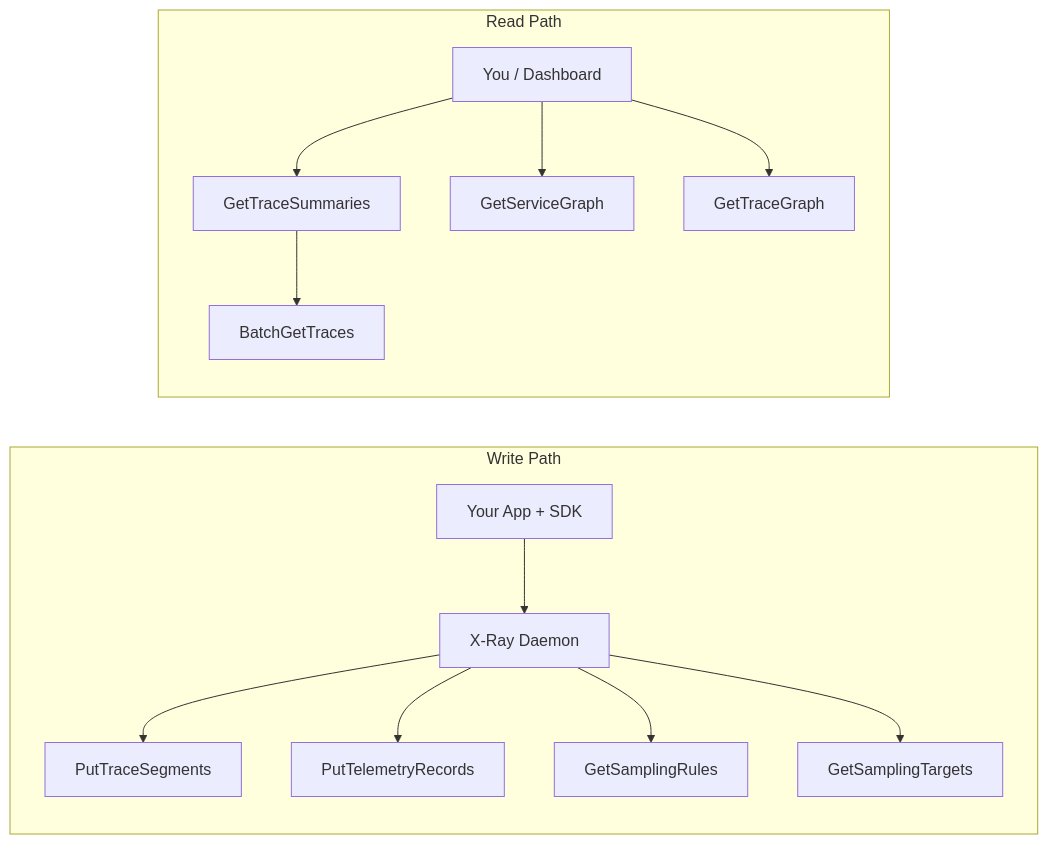
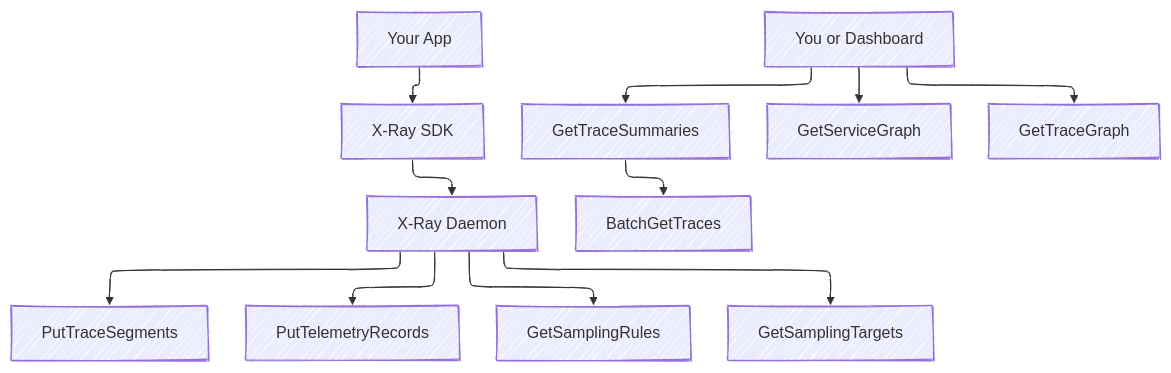
One commit to hadywafa/AwsHub changed the diagram in aws-services/10.developer/3.1.x-ray/2.3.x-ray-apis.md. Above: the diagram before and after it, drawn with Mermaid. The commit also changed other lines of this file and 5 other files, not shown here.

````diff
--- a/aws-services/10.developer/3.1.x-ray/2.3.x-ray-apis.md
+++ b/aws-services/10.developer/3.1.x-ray/2.3.x-ray-apis.md
@@ -118,17 +139,22 @@
 ```mermaid
-flowchart LR
-  subgraph Write Path
-    App[Your App + SDK] --> Daemon[X-Ray Daemon]
-    Daemon --> A[PutTraceSegments]
-    Daemon --> B[PutTelemetryRecords]
-    Daemon --> C[GetSamplingRules]
-    Daemon --> D[GetSamplingTargets]
-  end
+---
+config:
+  look: handDrawn
+  layout: elk
+  elk:
+    mergeEdges: false
+    nodePlacementStrategy: LINEAR_SEGMENTS
+---
+flowchart TD
+  A[Your App] --> B[X-Ray SDK]
+  B --> C[X-Ray Daemon]
+  C --> D[PutTraceSegments]
+  C --> E[PutTelemetryRecords]
+  C --> F[GetSamplingRules]
+  C --> G[GetSamplingTargets]
 
-  subgraph Read Path
-    User[You / Dashboard] --> E[GetTraceSummaries]
-    E --> F[BatchGetTraces]
-    User --> G[GetServiceGraph]
-    User --> H[GetTraceGraph]
-  end
+  H[You or Dashboard] --> I[GetTraceSummaries]
+  I --> J[BatchGetTraces]
+  H --> K[GetServiceGraph]
+  H --> L[GetTraceGraph]
 ```
````
